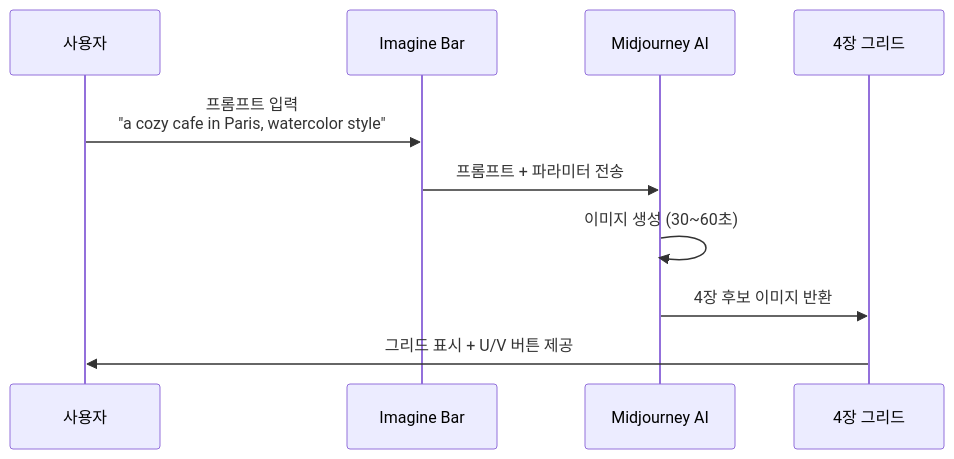
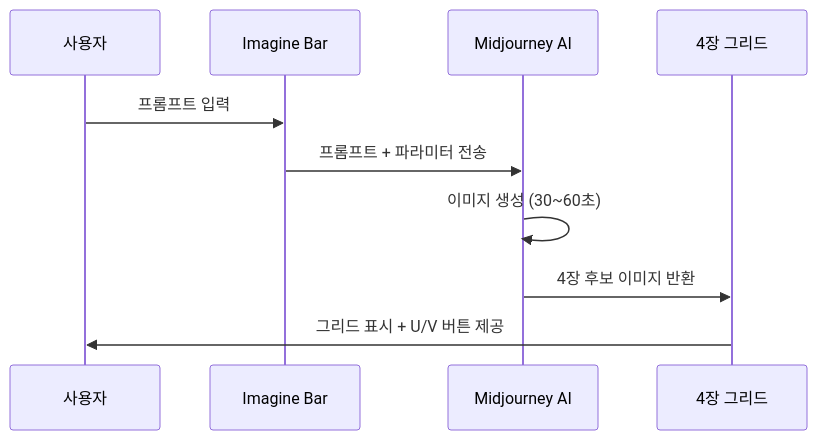
One commit to jsonpassion/forge-tutorial-promptcanvas changed the second of 3 diagrams in 05-ch5-midjourney-기본과-파라미터-튜닝/01-01-midjourney-인터페이스와-기본-생성.md. Above: the diagram before and after it, drawn with Mermaid. The commit also changed other lines of this file and 63 other files, not shown here.

````diff
--- a/05-ch5-midjourney-기본과-파라미터-튜닝/01-01-midjourney-인터페이스와-기본-생성.md
+++ b/05-ch5-midjourney-기본과-파라미터-튜닝/01-01-midjourney-인터페이스와-기본-생성.md
@@ -117,13 +37,13 @@
 ```mermaid
 sequenceDiagram
     participant U as 사용자
     participant IB as Imagine Bar
     participant AI as Midjourney AI
     participant G as 4장 그리드
 
-    U->>IB: 프롬프트 입력<br/>"a cozy cafe in Paris, watercolor style"
+    U->>IB: 프롬프트 입력
     IB->>AI: 프롬프트 + 파라미터 전송
     AI->>AI: 이미지 생성 (30~60초)
     AI->>G: 4장 후보 이미지 반환
     G->>U: 그리드 표시 + U/V 버튼 제공
 ```
````
